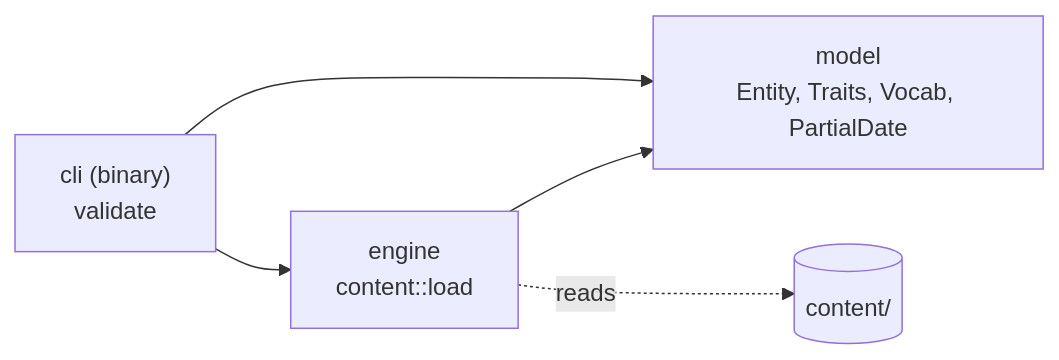
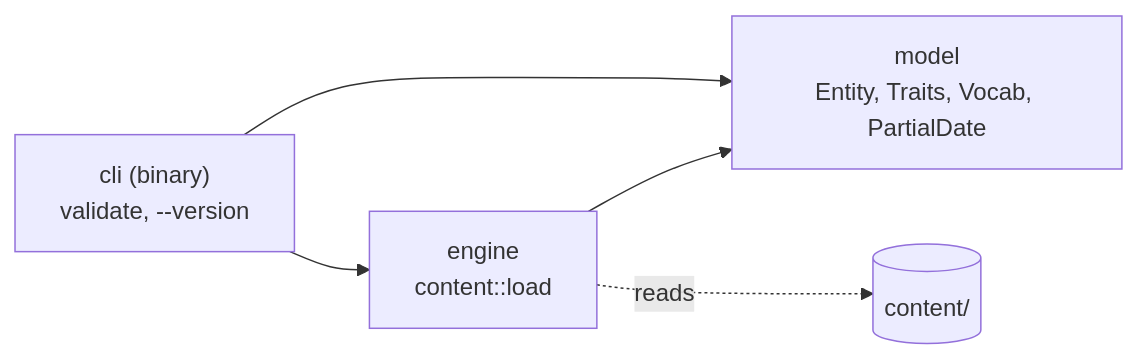
One commit to winksen/Crispy-Potato changed the second of 2 diagrams in docs/MINDMAP.md. Above: the diagram before and after it, drawn with Mermaid. The commit also changed other lines of this file and 10 other files, not shown here.

````diff
--- a/docs/MINDMAP.md
+++ b/docs/MINDMAP.md
@@ -77,7 +78,7 @@
 ```mermaid
 flowchart LR
-  cli["cli (binary)<br/>validate"] --> engine["engine<br/>content::load"]
+  cli["cli (binary)<br/>validate, --version"] --> engine["engine<br/>content::load"]
   cli --> model
   engine --> model["model<br/>Entity, Traits, Vocab, PartialDate"]
   engine -. reads .-> content[("content/")]
 ```
````
